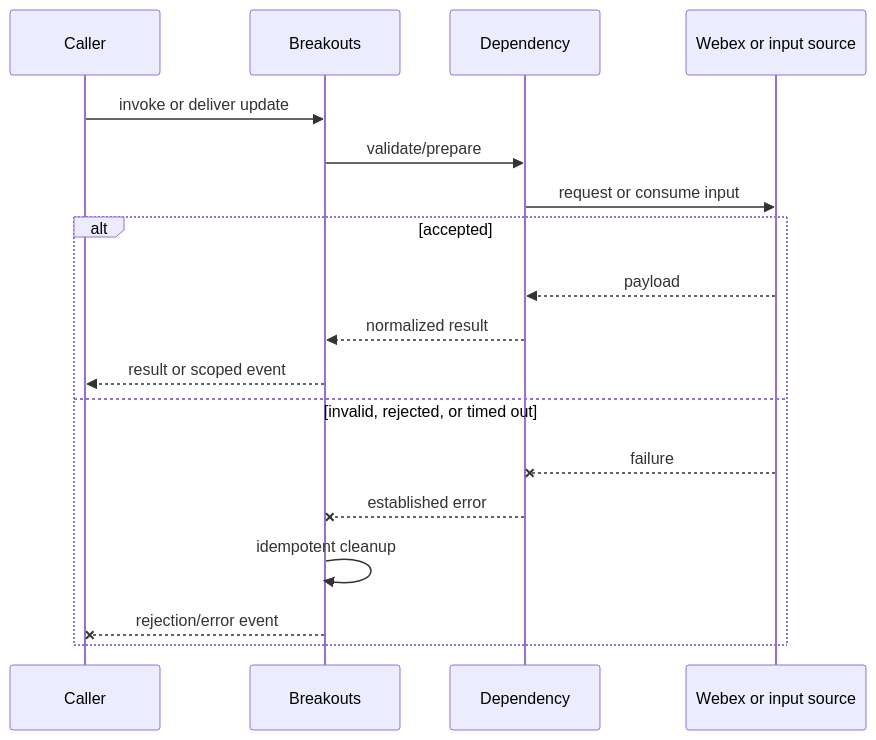
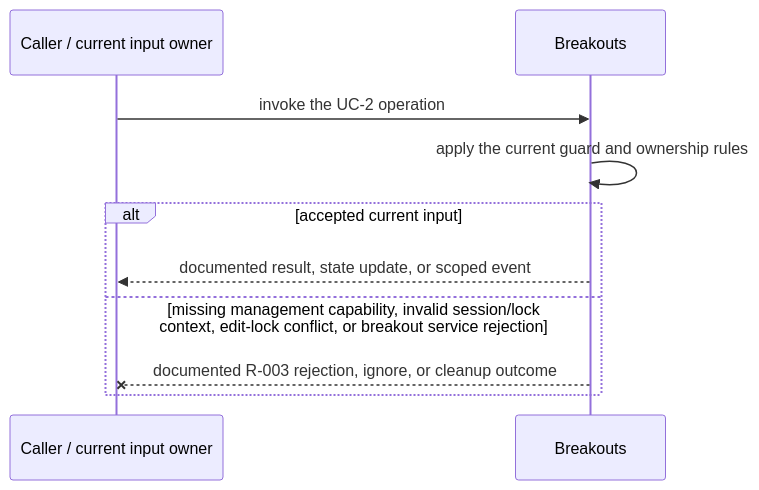
Before and after one commit to webex/webex-js-sdk: the third of 5 diagrams in packages/@webex/plugin-meetings/src/breakouts/ai-docs/breakouts-spec.md, drawn with Mermaid. The commit also changed other lines of this file and 26 other files, not shown here.

````diff
--- a/packages/@webex/plugin-meetings/src/breakouts/ai-docs/breakouts-spec.md
+++ b/packages/@webex/plugin-meetings/src/breakouts/ai-docs/breakouts-spec.md
@@ -122,20 +152,12 @@
 ```mermaid
 sequenceDiagram
-  participant C as Caller
+  participant C as Caller / current input owner
   participant M as Breakouts
-  participant D as Dependency
-  participant W as Webex or input source
-  C->>M: invoke or deliver update
-  M->>D: validate/prepare
-  D->>W: request or consume input
-  alt accepted
-    W-->>D: payload
-    D-->>M: normalized result
-    M-->>C: result or scoped event
-  else invalid, rejected, or timed out
-    W--xD: failure
-    D--xM: established error
-    M->>M: idempotent cleanup
-    M--xC: rejection/error event
+  C->>M: invoke the UC-2 operation
+  M->>M: apply the current guard and ownership rules
+  alt accepted current input
+    M-->>C: documented result, state update, or scoped event
+  else missing management capability, invalid session/lock context, edit-lock conflict, or breakout service rejection
+    M--xC: documented R-003 rejection, ignore, or cleanup outcome
   end
 ```
````
